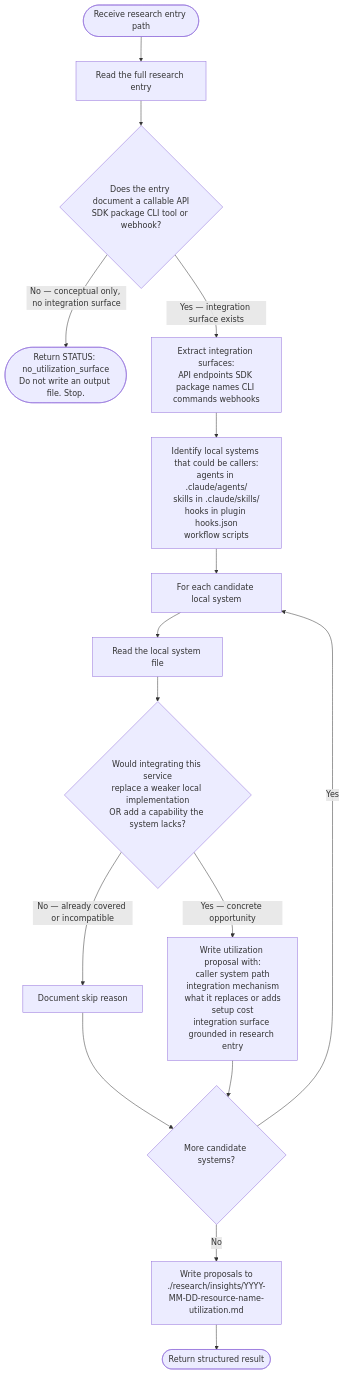
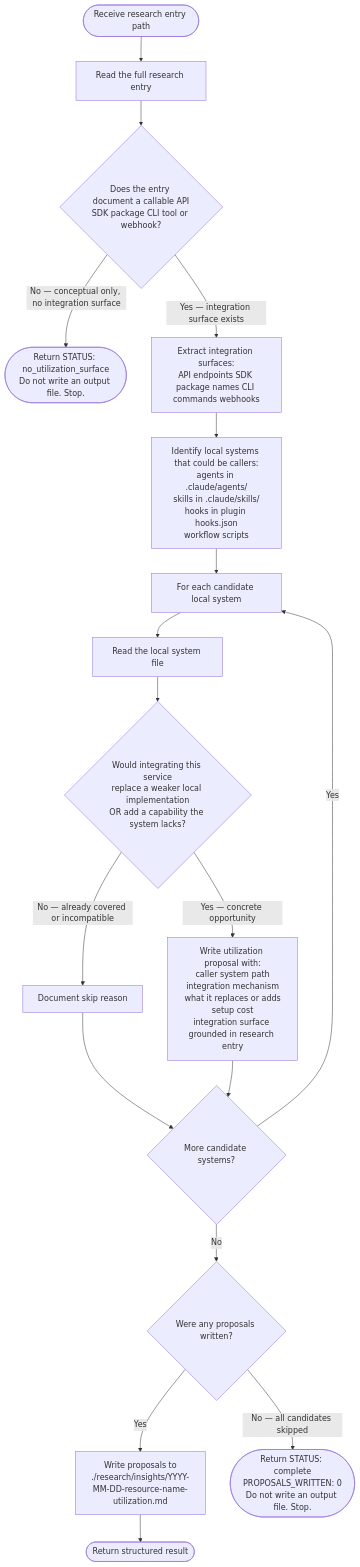
Before and after one commit to Jamie-BitFlight/claude_skills: the diagram in .claude/agents/research-utilization-assessor.md, drawn with Mermaid. The commit also changed other lines of this file and 3 other files, not shown here.

First line of the commit message:
fix(research-curator): resolve flowchart ambiguities and missing edge cases

````diff
--- a/.claude/agents/research-utilization-assessor.md
+++ b/.claude/agents/research-utilization-assessor.md
@@ -29,18 +29,20 @@
 ```mermaid
 flowchart TD
     Start([Receive research entry path]) --> Read[Read the full research entry]
     Read --> Surface{Does the entry document a callable API<br>SDK package CLI tool or webhook?}
     Surface -->|"No — conceptual only, no integration surface"| Skip(["Return STATUS: no_utilization_surface<br>Do not write an output file. Stop."])
     Surface -->|"Yes — integration surface exists"| Extract[Extract integration surfaces:<br>API endpoints SDK package names CLI commands webhooks]
     Extract --> MapSystems[Identify local systems that could be callers:<br>agents in .claude/agents/<br>skills in .claude/skills/<br>hooks in plugin hooks.json<br>workflow scripts]
     MapSystems --> ForEach[For each candidate local system]
     ForEach --> ReadLocal[Read the local system file]
     ReadLocal --> Assess{Would integrating this service<br>replace a weaker local implementation<br>OR add a capability the system lacks?}
     Assess -->|"No — already covered or incompatible"| Skip2[Document skip reason]
     Assess -->|"Yes — concrete opportunity"| Proposal[Write utilization proposal with:<br>caller system path<br>integration mechanism<br>what it replaces or adds<br>setup cost<br>integration surface grounded in research entry]
     Skip2 --> More{More candidate systems?}
     Proposal --> More
     More -->|Yes| ForEach
-    More -->|No| WriteFile[Write proposals to<br>./research/insights/YYYY-MM-DD-resource-name-utilization.md]
+    More -->|No| AnyProposals{Were any proposals written?}
+    AnyProposals -->|"Yes"| WriteFile[Write proposals to<br>./research/insights/YYYY-MM-DD-resource-name-utilization.md]
+    AnyProposals -->|"No — all candidates skipped"| NoProposals(["Return STATUS: complete<br>PROPOSALS_WRITTEN: 0<br>Do not write an output file. Stop."])
     WriteFile --> Return([Return structured result])
 ```
````
